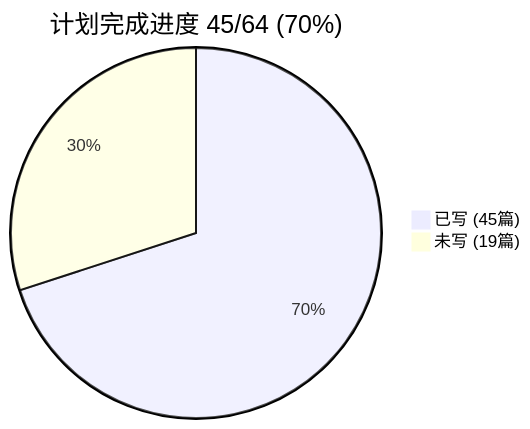
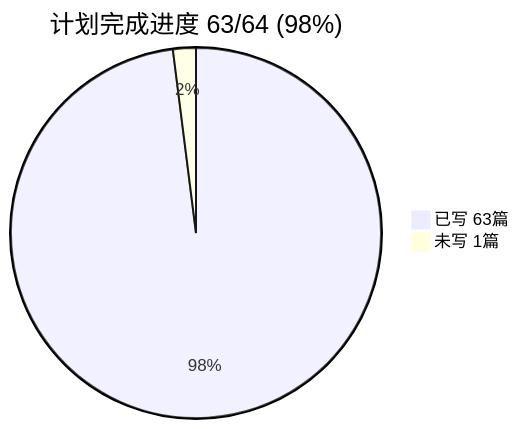
One commit to MrBigPorter/JoyMini_Nest_Monorepo changed the first of 2 diagrams in plans/writing-progress-analysis.md. Above: the diagram before and after it, drawn with Mermaid. The commit also changed other lines of this file and 41 other files, not shown here.

````diff
--- a/plans/writing-progress-analysis.md
+++ b/plans/writing-progress-analysis.md
@@ -157,5 +140,5 @@
 ```mermaid
-pie title 计划完成进度 45/64 (70%)
-    "已写 (45篇)" : 70
-    "未写 (19篇)" : 30
+pie title 计划完成进度 63/64 (98%)
+    "已写 63篇" : 98
+    "未写 1篇" : 2
 ```
````
